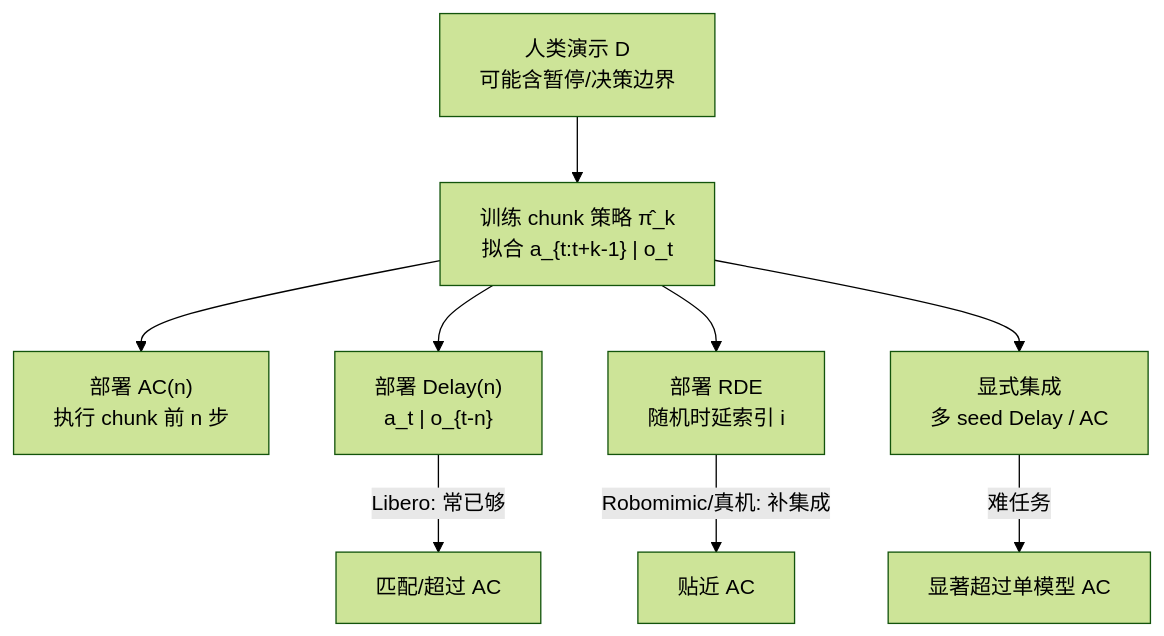
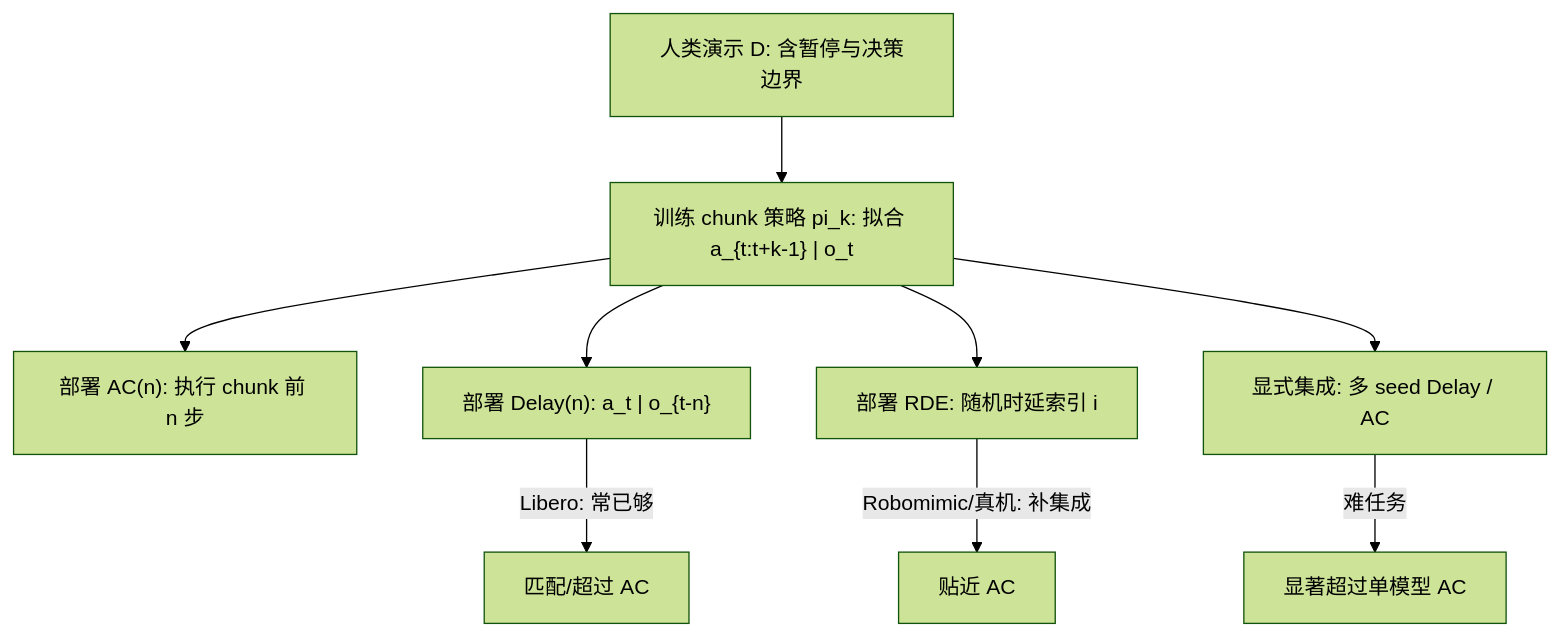
Before and after one commit to ImChong/Robotics_Notebooks: the diagram in wiki/entities/paper-why-action-chunking-improves-bc.md, drawn with Mermaid (forest theme). The commit also changed other lines of this file and 73 other files, not shown here.

````diff
--- a/wiki/entities/paper-why-action-chunking-improves-bc.md
+++ b/wiki/entities/paper-why-action-chunking-improves-bc.md
@@ -92,17 +100,17 @@
 ```mermaid
 flowchart TB
-  demo["人类演示 D<br/>可能含暂停/决策边界"]
-  train["训练 chunk 策略 π̂_k<br/>拟合 a_{t:t+k-1} | o_t"]
-  ac["部署 AC(n)<br/>执行 chunk 前 n 步"]
-  delay["部署 Delay(n)<br/>a_t | o_{t-n}"]
-  rde["部署 RDE<br/>随机时延索引 i"]
-  ens["显式集成<br/>多 seed Delay / AC"]
+  demo["人类演示 D: 含暂停与决策边界"]
+  train["训练 chunk 策略 pi_k: 拟合 a_{t:t+k-1} | o_t"]
+  ac["部署 AC(n): 执行 chunk 前 n 步"]
+  delay["部署 Delay(n): a_t | o_{t-n}"]
+  rde["部署 RDE: 随机时延索引 i"]
+  ens["显式集成: 多 seed Delay / AC"]
   demo --> train
   train --> ac
   train --> delay
   train --> rde
   train --> ens
   delay -->|"Libero: 常已够"| ok1["匹配/超过 AC"]
   rde -->|"Robomimic/真机: 补集成"| ok2["贴近 AC"]
   ens -->|"难任务"| ok3["显著超过单模型 AC"]
 ```
````
